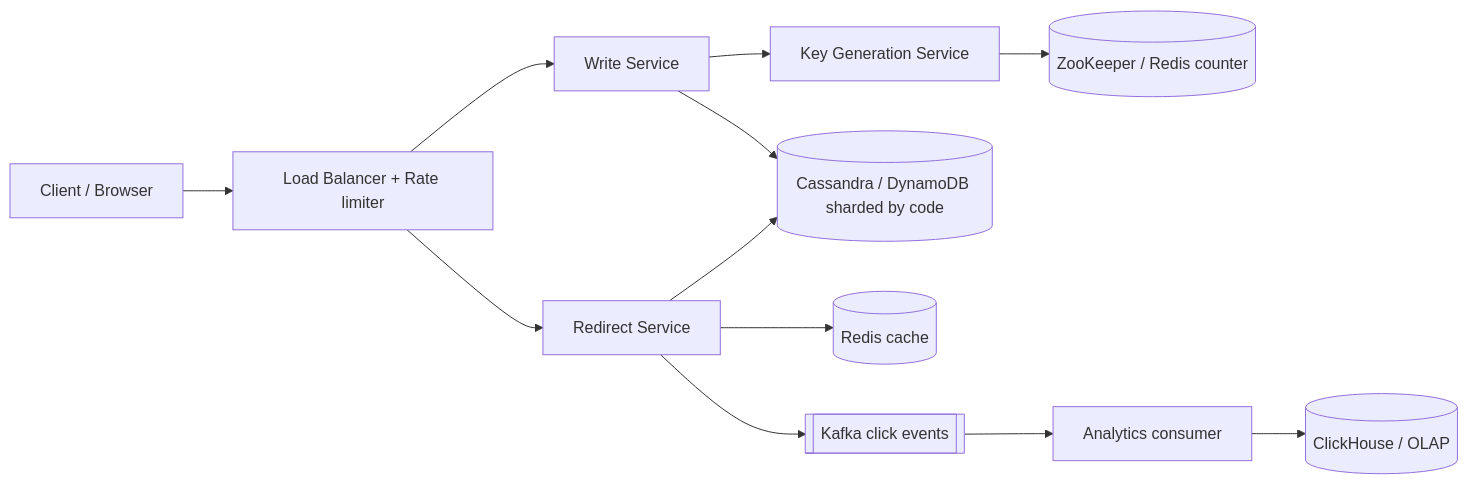
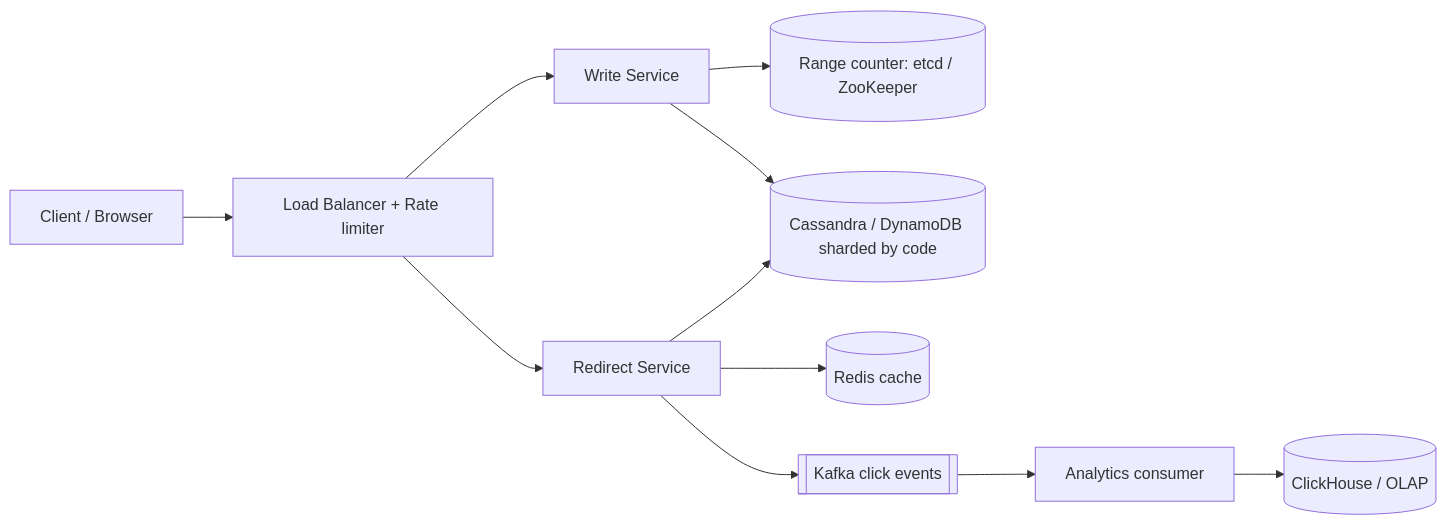
Before and after one commit to flow6979/system-design-prep: the first of 2 diagrams in content-en/02-questions/t1-01-url-shortener.md, drawn with Mermaid. The commit also changed other lines of this file and 61 other files, not shown here.

````diff
--- a/content-en/02-questions/t1-01-url-shortener.md
+++ b/content-en/02-questions/t1-01-url-shortener.md
@@ -80,14 +86,13 @@
 ```mermaid
 flowchart LR
   C["Client / Browser"] --> LB["Load Balancer + Rate limiter"]
   LB --> W["Write Service"]
   LB --> R["Redirect Service"]
-  W --> KS["Key Generation Service"]
-  KS --> KZ[("ZooKeeper / Redis counter")]
+  W --> KZ[("Range counter: etcd / ZooKeeper")]
   W --> DB[("Cassandra / DynamoDB sharded by code")]
   R --> RC[("Redis cache")]
   R --> DB
   R --> K[["Kafka click events"]]
   K --> AN["Analytics consumer"]
   AN --> OL[("ClickHouse / OLAP")]
 ```
````
